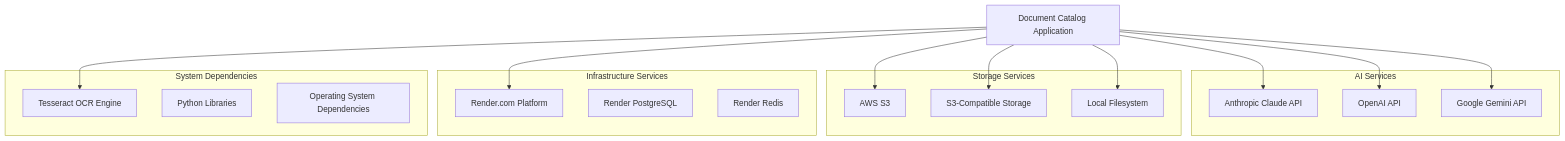
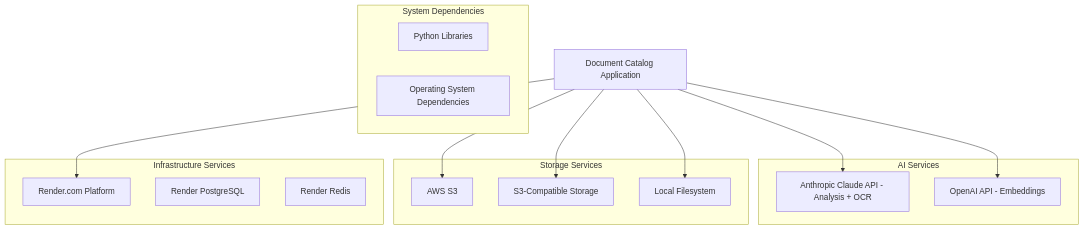
The third of 3 diagrams in architecture/system_architecture.md (callum-doty/pc-simple), drawn with Mermaid before and after one commit. The commit also changed other lines of this file and 13 other files, not shown here.

````diff
--- a/architecture/system_architecture.md
+++ b/architecture/system_architecture.md
@@ -224,35 +217,31 @@
 ```mermaid
 graph TD
     subgraph "AI Services"
-        ANTHROPIC[Anthropic Claude API]
-        OPENAI[OpenAI API]
-        GEMINI[Google Gemini API]
+        ANTHROPIC[Anthropic Claude API - Analysis + OCR]
+        OPENAI[OpenAI API - Embeddings]
     end
 
     subgraph "Storage Services"
         AWS_S3[AWS S3]
         COMPATIBLE_S3[S3-Compatible Storage]
         LOCAL_FS[Local Filesystem]
     end
 
     subgraph "Infrastructure Services"
         RENDER_PLATFORM[Render.com Platform]
         RENDER_DB[Render PostgreSQL]
         RENDER_REDIS[Render Redis]
     end
 
     subgraph "System Dependencies"
-        TESSERACT_OCR[Tesseract OCR Engine]
         PYTHON_LIBS[Python Libraries]
         OS_DEPS[Operating System Dependencies]
     end
 
     APP[Document Catalog Application] --> ANTHROPIC
     APP --> OPENAI
-    APP --> GEMINI
     APP --> AWS_S3
     APP --> COMPATIBLE_S3
     APP --> LOCAL_FS
     APP --> RENDER_PLATFORM
-    APP --> TESSERACT_OCR
 ```
````
